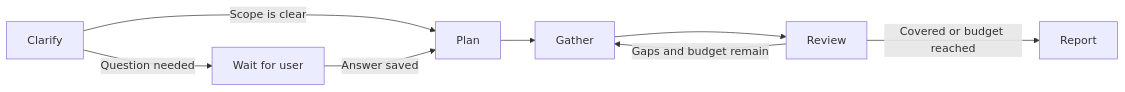
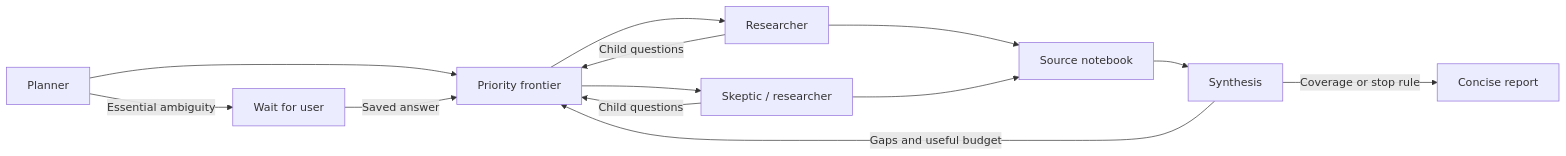
Before and after one commit to andersj05/RecursiveResearch: the diagram in docs/architecture/RESEARCH_HARNESS.md, drawn with Mermaid. The commit also changed other lines of this file and 12 other files, not shown here.

Commit message:
docs(harness): record adaptive architecture and live validation

````diff
--- a/docs/architecture/RESEARCH_HARNESS.md
+++ b/docs/architecture/RESEARCH_HARNESS.md
@@ -9,10 +7,15 @@
 ```mermaid
 flowchart LR
-  S[Clarify] -->|Scope is clear| P[Plan]
-  S -->|Question needed| W[Wait for user]
-  W -->|Answer saved| P
-  P --> G[Gather]
-  G --> R[Review]
-  R -->|Gaps and budget remain| G
-  R -->|Covered or budget reached| F[Report]
+  P[Planner] --> F[Priority frontier]
+  P -->|Essential ambiguity| U[Wait for user]
+  U -->|Saved answer| F
+  F --> A[Researcher]
+  F --> B[Skeptic / researcher]
+  A --> N[Source notebook]
+  B --> N
+  A -->|Child questions| F
+  B -->|Child questions| F
+  N --> S[Synthesis]
+  S -->|Gaps and useful budget| F
+  S -->|Coverage or stop rule| R[Concise report]
 ```
````
